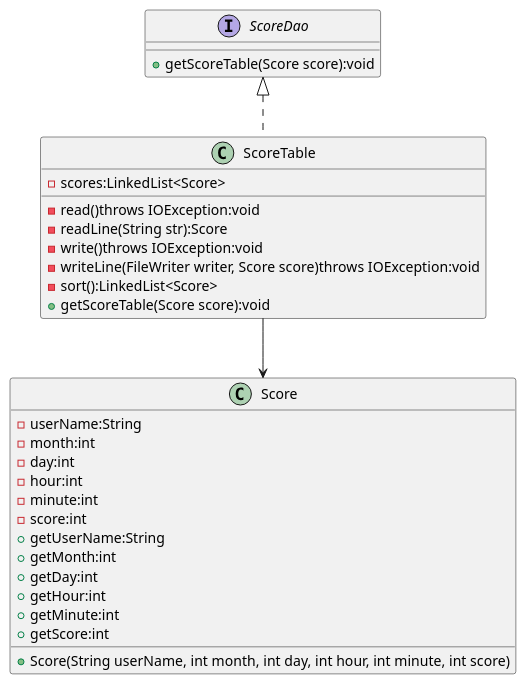
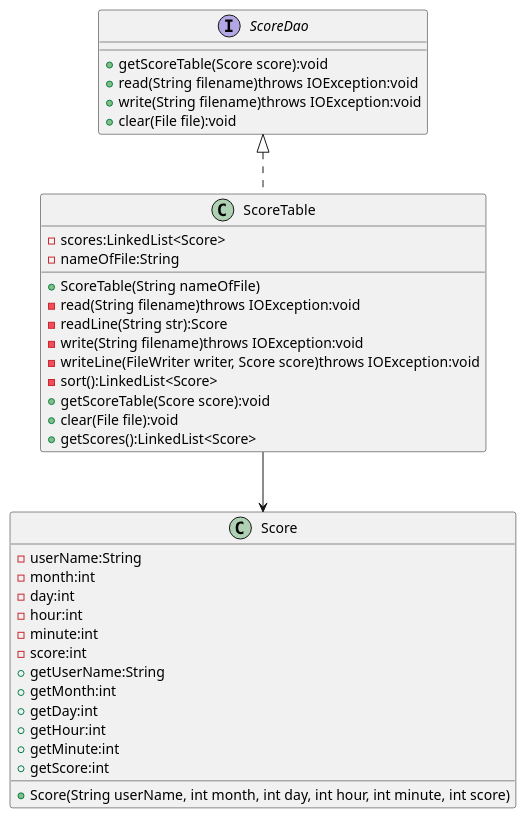
One commit to Chanstars/java_experiment changed the diagram in uml/Dao.puml. Above: the diagram before and after it, drawn with PlantUML. The commit also changed 9 other files, not shown here.

```diff
--- a/uml/Dao.puml
+++ b/uml/Dao.puml
@@ -1,37 +1,44 @@
 @startuml
 'https://plantuml.com/class-diagram
 
 class Score{
     -userName:String
     -month:int
     -day:int
     -hour:int
     -minute:int
     -score:int
     +Score(String userName, int month, int day, int hour, int minute, int score)
     +getUserName:String
     +getMonth:int
     +getDay:int
     +getHour:int
     +getMinute:int
     +getScore:int
 }
 
 class ScoreTable{
     -scores:LinkedList<Score>
-    -read()throws IOException:void
+    -nameOfFile:String
+    +ScoreTable(String nameOfFile)
+    -read(String filename)throws IOException:void
     -readLine(String str):Score
-    -write()throws IOException:void
+    -write(String filename)throws IOException:void
     -writeLine(FileWriter writer, Score score)throws IOException:void
     -sort():LinkedList<Score>
     +getScoreTable(Score score):void
+    +clear(File file):void
+    +getScores():LinkedList<Score>
 }
 
 interface ScoreDao
 {
     + getScoreTable(Score score):void
+    + read(String filename)throws IOException:void
+    + write(String filename)throws IOException:void
+    + clear(File file):void
 }
 
 ScoreDao <|.. ScoreTable
 ScoreTable -down-> Score
 @enduml
```
